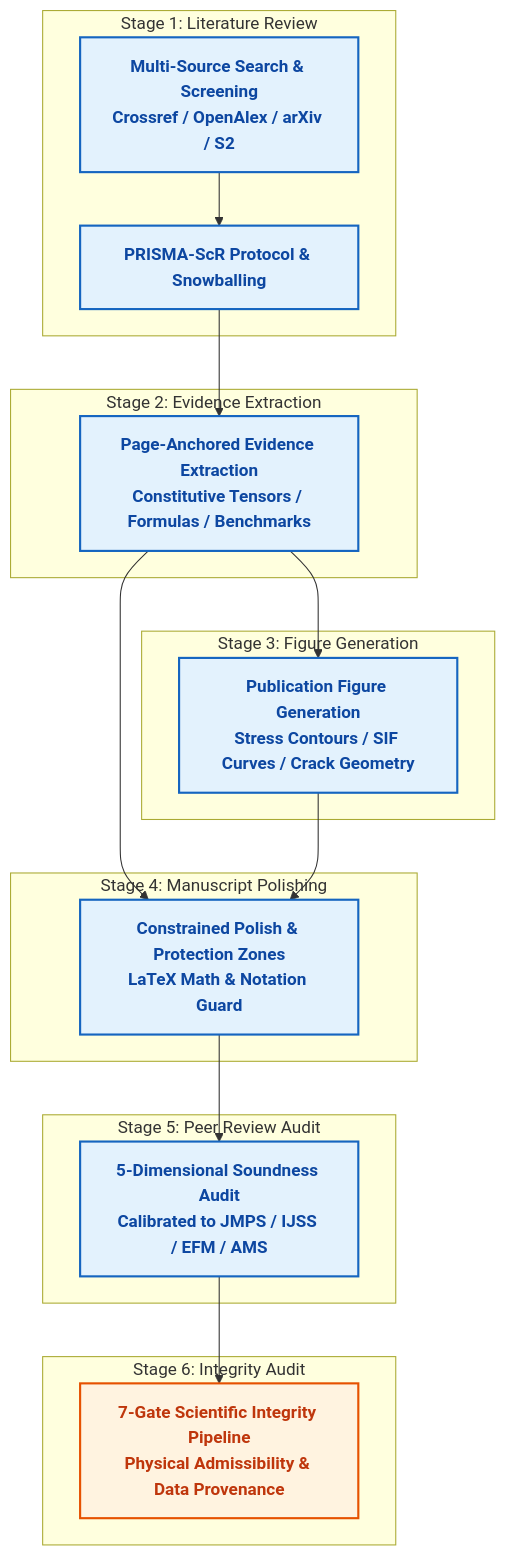
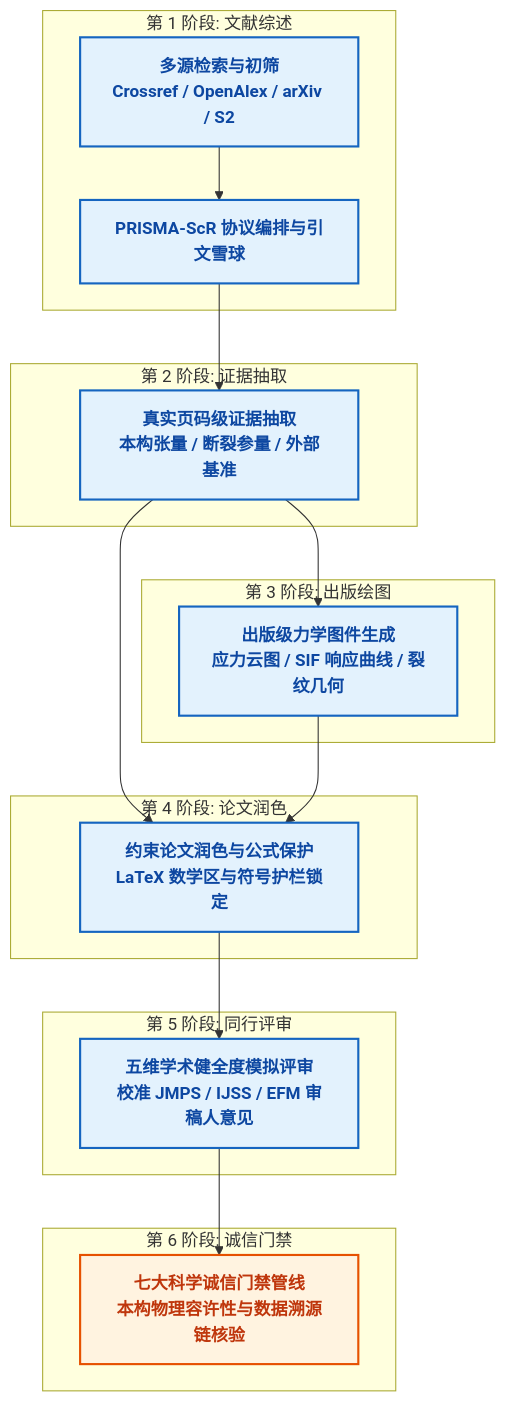
One commit to yq04/mechanics-agent-skills changed the diagram in README.md. Above: the diagram before and after it, drawn with Mermaid. The commit also changed other lines of this file and 3 other files, not shown here.

````diff
--- a/README.md
+++ b/README.md
@@ -50,41 +54,41 @@
 ```mermaid
 flowchart TD
     classDef stageBox fill:#e3f2fd,stroke:#1565c0,stroke-width:2px,color:#0d47a1,font-weight:bold;
     classDef gateBox fill:#fff3e0,stroke:#e65100,stroke-width:2px,color:#bf360c,font-weight:bold;
 
-    subgraph S1 ["Stage 1: Literature Review"]
-        LR["Multi-Source Search & Screening<br/>Crossref / OpenAlex / arXiv / S2"]
-        PR["PRISMA-ScR Protocol & Snowballing"]
+    subgraph S1 ["第 1 阶段: 文献综述"]
+        LR["多源检索与初筛<br/>Crossref / OpenAlex / arXiv / S2"]
+        PR["PRISMA-ScR 协议编排与引文雪球"]
         LR --> PR
     end
 
-    subgraph S2 ["Stage 2: Evidence Extraction"]
-        EE["Page-Anchored Evidence Extraction<br/>Constitutive Tensors / Formulas / Benchmarks"]
+    subgraph S2 ["第 2 阶段: 证据抽取"]
+        EE["真实页码级证据抽取<br/>本构张量 / 断裂参量 / 外部基准"]
     end
 
-    subgraph S3 ["Stage 3: Figure Generation"]
-        FG["Publication Figure Generation<br/>Stress Contours / SIF Curves / Crack Geometry"]
+    subgraph S3 ["第 3 阶段: 出版绘图"]
+        FG["出版级力学图件生成<br/>应力云图 / SIF 响应曲线 / 裂纹几何"]
     end
 
-    subgraph S4 ["Stage 4: Manuscript Polishing"]
-        MP["Constrained Polish & Protection Zones<br/>LaTeX Math & Notation Guard"]
+    subgraph S4 ["第 4 阶段: 论文润色"]
+        MP["约束论文润色与公式保护<br/>LaTeX 数学区与符号护栏锁定"]
     end
 
-    subgraph S5 ["Stage 5: Peer Review Audit"]
-        RA["5-Dimensional Soundness Audit<br/>Calibrated to JMPS / IJSS / EFM / AMS"]
+    subgraph S5 ["第 5 阶段: 同行评审"]
+        RA["五维学术健全度模拟评审<br/>校准 JMPS / IJSS / EFM 审稿人意见"]
     end
 
-    subgraph S6 ["Stage 6: Integrity Audit"]
-        IA["7-Gate Scientific Integrity Pipeline<br/>Physical Admissibility & Data Provenance"]
+    subgraph S6 ["第 6 阶段: 诚信门禁"]
+        IA["七大科学诚信门禁管线<br/>本构物理容许性与数据溯源链核验"]
     end
 
     PR --> EE
     EE --> FG
     EE --> MP
     FG --> MP
     MP --> RA
     RA --> IA
 
     class LR,PR,EE,FG,MP,RA stageBox;
     class IA gateBox;
 ```
````
